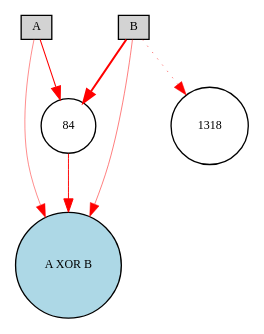
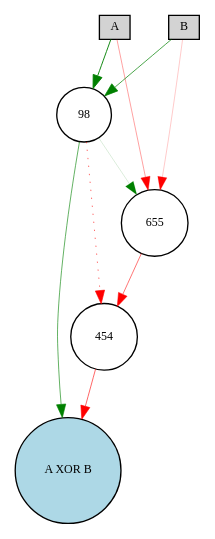
Before and after one commit to alancet/test: the diagram in neat-python/Digraph.gv, drawn with Graphviz. The commit also changed 18 other files, not shown here.

```diff
--- a/neat-python/Digraph.gv
+++ b/neat-python/Digraph.gv
@@ -1,14 +1,18 @@
 digraph {
 	node [fontsize=9 height=0.2 shape=circle width=0.2]
 	A [fillcolor=lightgray shape=box style=filled]
 	B [fillcolor=lightgray shape=box style=filled]
 	"A XOR B" [fillcolor=lightblue style=filled]
-	84 [fillcolor=white style=filled]
-	1318 [fillcolor=white style=filled]
-	A -> "A XOR B" [color=red penwidth=0.3357329897261757 style=solid]
-	A -> 84 [color=red penwidth=0.8085848205758458 style=solid]
-	B -> 84 [color=red penwidth=1.471221134629797 style=solid]
-	84 -> "A XOR B" [color=red penwidth=0.7231262872998843 style=solid]
-	B -> "A XOR B" [color=red penwidth=0.37785484409408 style=solid]
-	B -> 1318 [color=red penwidth=0.4065422777117328 style=dotted]
+	98 [fillcolor=white style=filled]
+	454 [fillcolor=white style=filled]
+	655 [fillcolor=white style=filled]
+	98 -> "A XOR B" [color=green penwidth=0.4624360929380573 style=solid]
+	655 -> 454 [color=red penwidth=0.4127987358314088 style=solid]
+	98 -> 454 [color=red penwidth=0.43578079683050774 style=dotted]
+	A -> 655 [color=red penwidth=0.28186059110174944 style=solid]
+	98 -> 655 [color=green penwidth=0.11133057608927303 style=solid]
+	B -> 655 [color=red penwidth=0.16138851092994788 style=solid]
+	B -> 98 [color=green penwidth=0.5331374325703434 style=solid]
+	A -> 98 [color=green penwidth=0.6937285538042898 style=solid]
+	454 -> "A XOR B" [color=red penwidth=0.44696230707236073 style=solid]
 }
```
